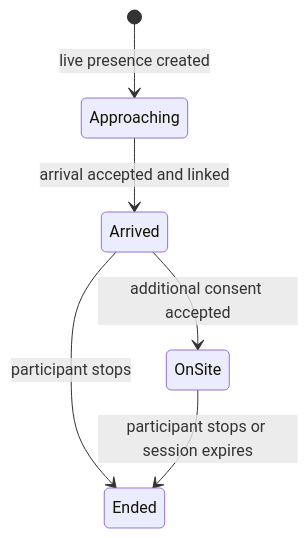
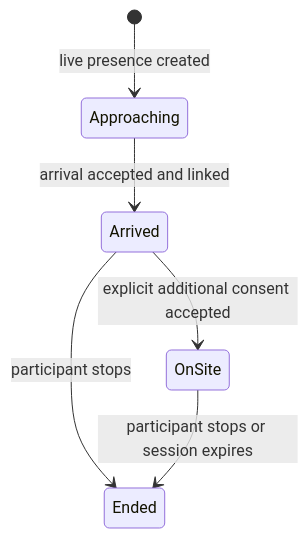
The second of 4 diagrams in docs/state-machine.md (Mino829/trace-campus-installation), drawn with Mermaid before and after one commit. The commit also changed other lines of this file and 5 other files, not shown here.

````diff
--- a/docs/state-machine.md
+++ b/docs/state-machine.md
@@ -39,8 +41,8 @@
 ```mermaid
 stateDiagram-v2
     [*] --> Approaching: live presence created
     Approaching --> Arrived: arrival accepted and linked
-    Arrived --> OnSite: additional consent accepted
+    Arrived --> OnSite: explicit additional consent accepted
     Arrived --> Ended: participant stops
     OnSite --> Ended: participant stops or session expires
 ```
````
